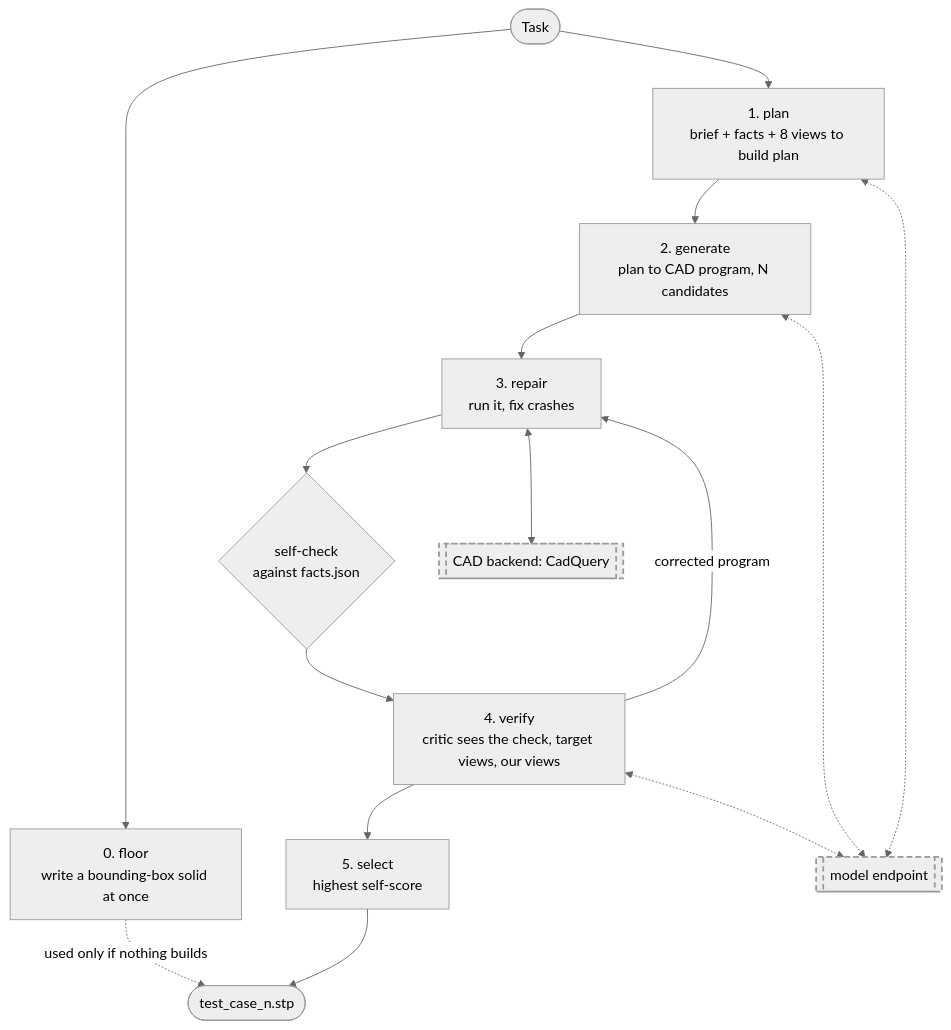
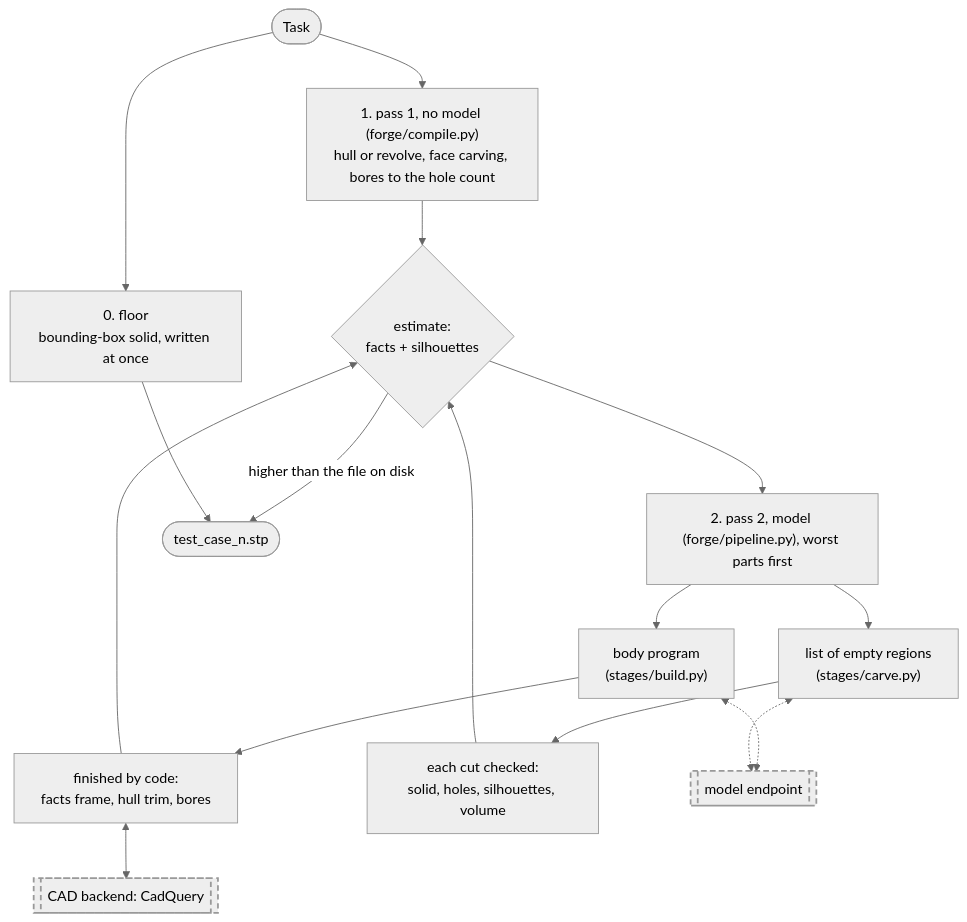
Before and after one commit to rumutaydin/sphere-forge-agent: the second of 2 diagrams in docs/ARCHITECTURE.md, drawn with Mermaid (neutral theme). The commit also changed other lines of this file and 18 other files, not shown here.

Commit message:
Plan v3, handoff, architecture and agent instructions after the night session; submit script

````diff
--- a/docs/ARCHITECTURE.md
+++ b/docs/ARCHITECTURE.md
@@ -35,23 +38,24 @@
 ```mermaid
 flowchart TD
-    T(["Task"]) --> FB["0. floor<br/>write a bounding-box solid at once"]
-    T --> P["1. plan<br/>brief + facts + 8 views to build plan"]
-    P --> G["2. generate<br/>plan to CAD program, N candidates"]
-    G --> R["3. repair<br/>run it, fix crashes"]
-    R --> K{"self-check<br/>against facts.json"}
-    K --> V["4. verify<br/>critic sees the check, target views, our views"]
-    V -- "corrected program" --> R
-    V --> S["5. select<br/>highest self-score"]
-    S --> OUT(["test_case_n.stp"])
-    FB -. "used only if nothing builds" .-> OUT
+    T(["Task"]) --> FB["0. floor<br/>bounding-box solid, written at once"]
+    T --> P1["1. pass 1, no model (forge/compile.py)<br/>hull or revolve, face carving, bores to the hole count"]
+    P1 --> K{"estimate:<br/>facts + silhouettes"}
+    K --> P2["2. pass 2, model (forge/pipeline.py), worst parts first"]
+    P2 --> G["body program<br/>(stages/build.py)"]
+    P2 --> C["list of empty regions<br/>(stages/carve.py)"]
+    G --> FIN["finished by code:<br/>facts frame, hull trim, bores"]
+    FIN --> K
+    C --> CHK["each cut checked:<br/>solid, holes, silhouettes, volume"]
+    CHK --> K
+    K -- "higher than the file on disk" --> OUT(["test_case_n.stp"])
+    FB --> OUT
 
     BE[["CAD backend: CadQuery"]]
     LLM[["model endpoint"]]
-    R <--> BE
-    P <-.-> LLM
+    FIN <--> BE
     G <-.-> LLM
-    V <-.-> LLM
+    C <-.-> LLM
 
     classDef swap stroke-dasharray: 6 4,stroke-width:2px;
     class BE,LLM swap;
 ```
````
